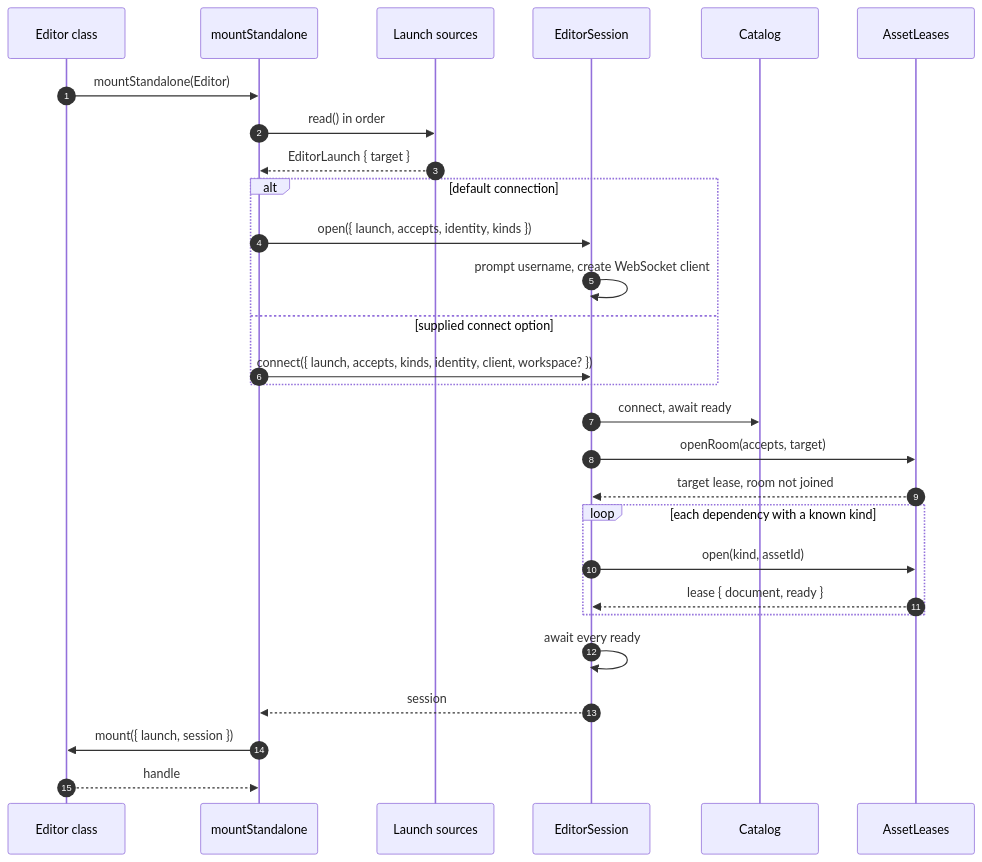
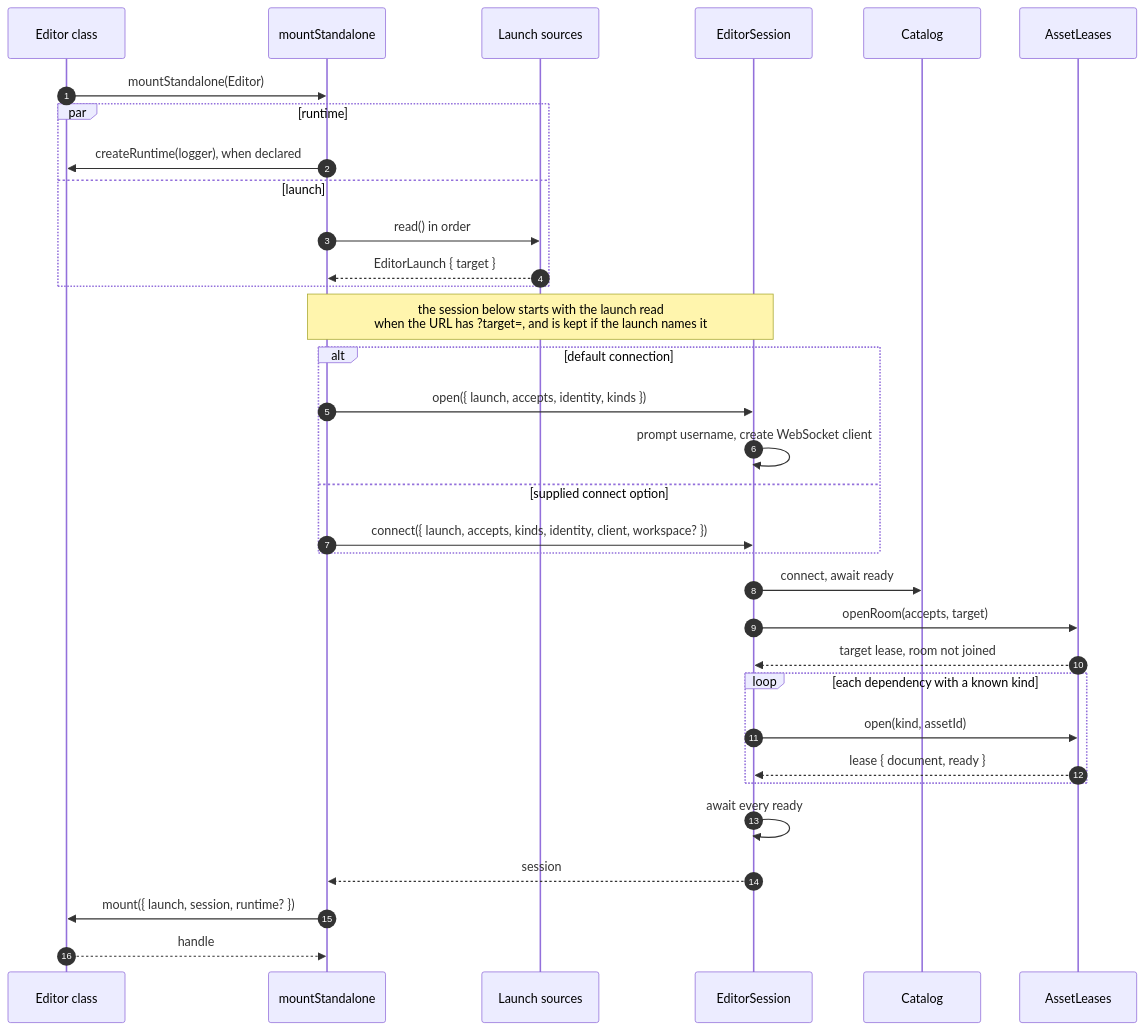
One commit to JollyPixel/editor changed the second of 10 diagrams in packages/editors/host/ARCHITECTURE.md. Above: the diagram before and after it, drawn with Mermaid. The commit also changed other lines of this file and 51 other files, not shown here.

````diff
--- a/packages/editors/host/ARCHITECTURE.md
+++ b/packages/editors/host/ARCHITECTURE.md
@@ -67,31 +69,36 @@
 ```mermaid
 sequenceDiagram
   autonumber
   participant E as Editor class
   participant M as mountStandalone
   participant L as Launch sources
   participant S as EditorSession
   participant C as Catalog
   participant A as AssetLeases
 
   E->>M: mountStandalone(Editor)
-  M->>L: read() in order
-  L-->>M: EditorLaunch { target }
+  par runtime
+    M->>E: createRuntime(logger), when declared
+  and launch
+    M->>L: read() in order
+    L-->>M: EditorLaunch { target }
+  end
+  Note over M,S: the session below starts with the launch read<br/>when the URL has ?target=, and is kept if the launch names it
   alt default connection
     M->>S: open({ launch, accepts, identity, kinds })
     S->>S: prompt username, create WebSocket client
   else supplied connect option
     M->>S: connect({ launch, accepts, kinds, identity, client, workspace? })
   end
   S->>C: connect, await ready
   S->>A: openRoom(accepts, target)
   A-->>S: target lease, room not joined
   loop each dependency with a known kind
     S->>A: open(kind, assetId)
     A-->>S: lease { document, ready }
   end
   S->>S: await every ready
   S-->>M: session
-  M->>E: mount({ launch, session })
+  M->>E: mount({ launch, session, runtime? })
   E-->>M: handle
 ```
````
